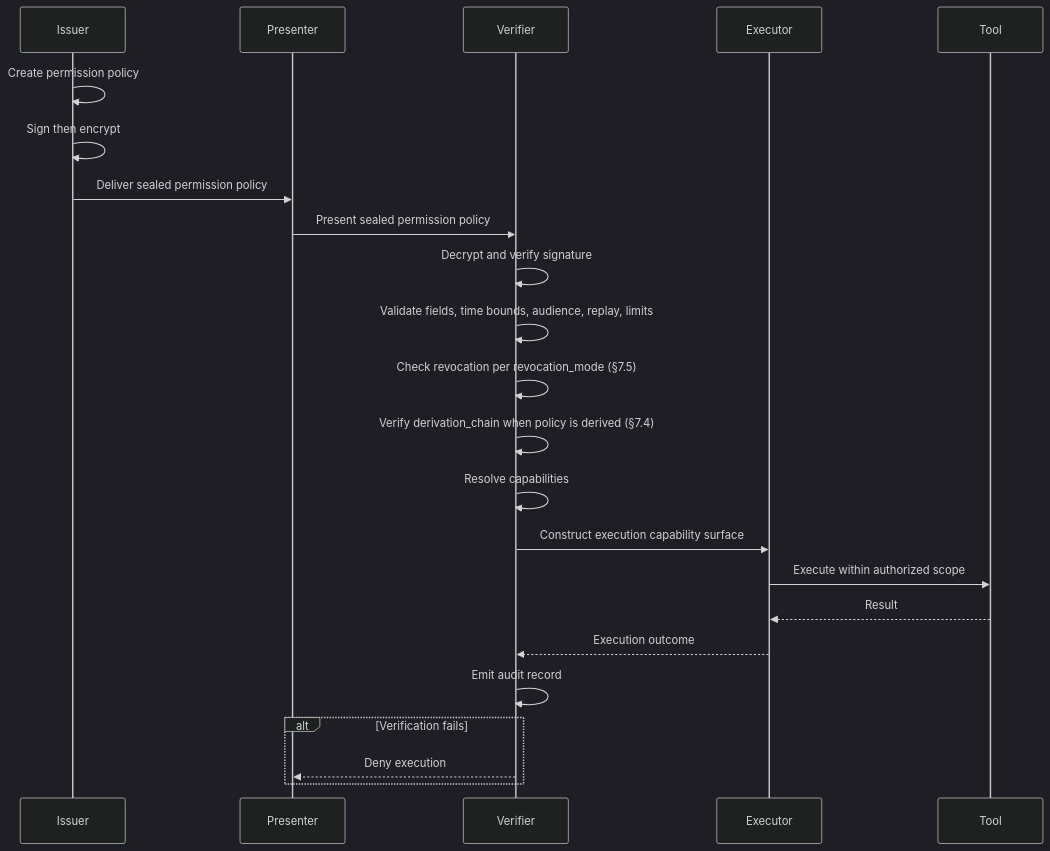
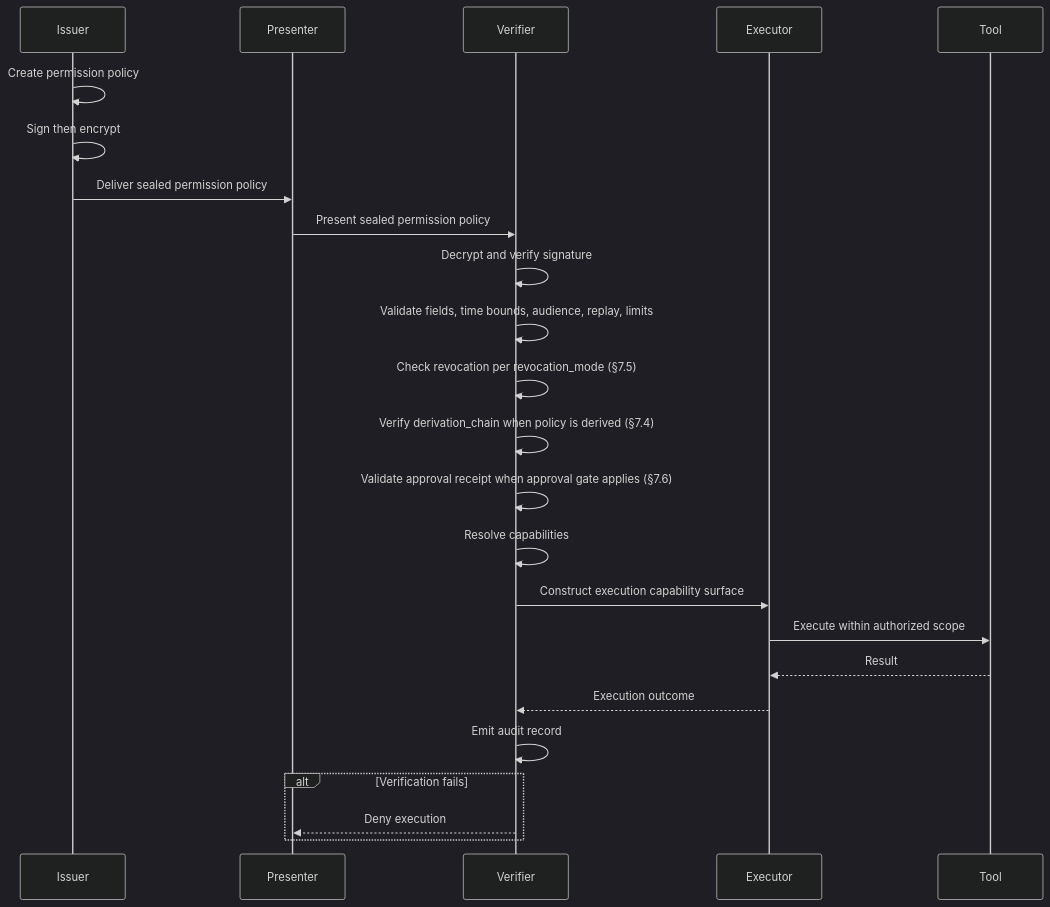
The fourth of 4 diagrams in docs/index.md (Crittora/agent-permission-protocol), drawn with Mermaid (dark theme) before and after one commit. The commit also changed other lines of this file and 9 other files, not shown here.

````diff
--- a/docs/index.md
+++ b/docs/index.md
@@ -209,26 +211,27 @@
 ```mermaid
 sequenceDiagram
   participant I as Issuer
   participant P as Presenter
   participant V as Verifier
   participant E as Executor
   participant T as Tool
 
   I->>I: Create permission policy
   I->>I: Sign then encrypt
   I->>P: Deliver sealed permission policy
   P->>V: Present sealed permission policy
   V->>V: Decrypt and verify signature
   V->>V: Validate fields, time bounds, audience, replay, limits
   V->>V: Check revocation per revocation_mode (§7.5)
   V->>V: Verify derivation_chain when policy is derived (§7.4)
+  V->>V: Validate approval receipt when approval gate applies (§7.6)
   V->>V: Resolve capabilities
   V->>E: Construct execution capability surface
   E->>T: Execute within authorized scope
   T-->>E: Result
   E-->>V: Execution outcome
   V->>V: Emit audit record
   alt Verification fails
     V-->>P: Deny execution
   end
 ```
````
